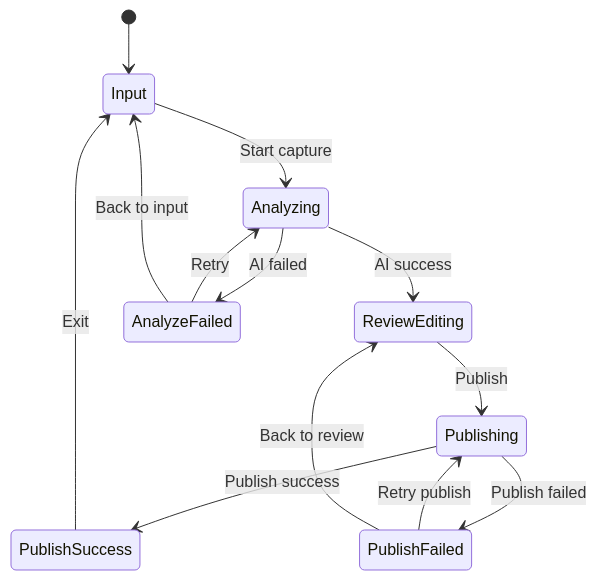
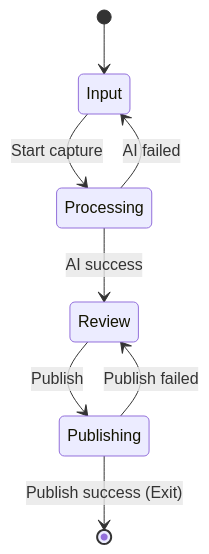
Before and after one commit to zhifu-tech/app-myhub: the diagram in feature/capture/docs/ui-desigin-spec.md, drawn with Mermaid. The commit also changed other lines of this file and 13 other files, not shown here.

````diff
--- a/feature/capture/docs/ui-desigin-spec.md
+++ b/feature/capture/docs/ui-desigin-spec.md
@@ -80,15 +64,10 @@
 ```mermaid
 stateDiagram-v2
     [*] --> Input
-    Input --> Analyzing: Start capture
-    Analyzing --> ReviewEditing: AI success
-    Analyzing --> AnalyzeFailed: AI failed
-    AnalyzeFailed --> Analyzing: Retry
-    AnalyzeFailed --> Input: Back to input
-    ReviewEditing --> Publishing: Publish
-    Publishing --> PublishSuccess: Publish success
-    Publishing --> PublishFailed: Publish failed
-    PublishFailed --> Publishing: Retry publish
-    PublishFailed --> ReviewEditing: Back to review
-    PublishSuccess --> Input: Exit
+    Input --> Processing: Start capture
+    Processing --> Review: AI success
+    Processing --> Input: AI failed
+    Review --> Publishing: Publish
+    Publishing --> Review: Publish failed
+    Publishing --> [*]: Publish success (Exit)
 ```
````
